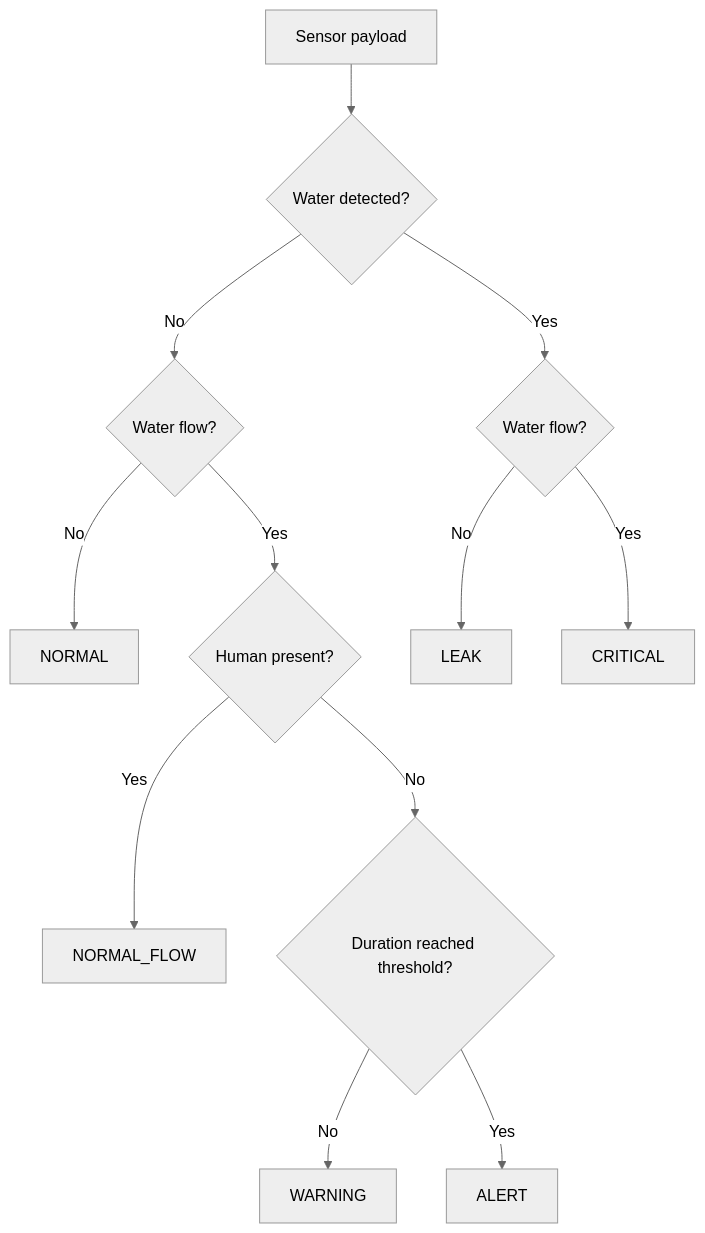
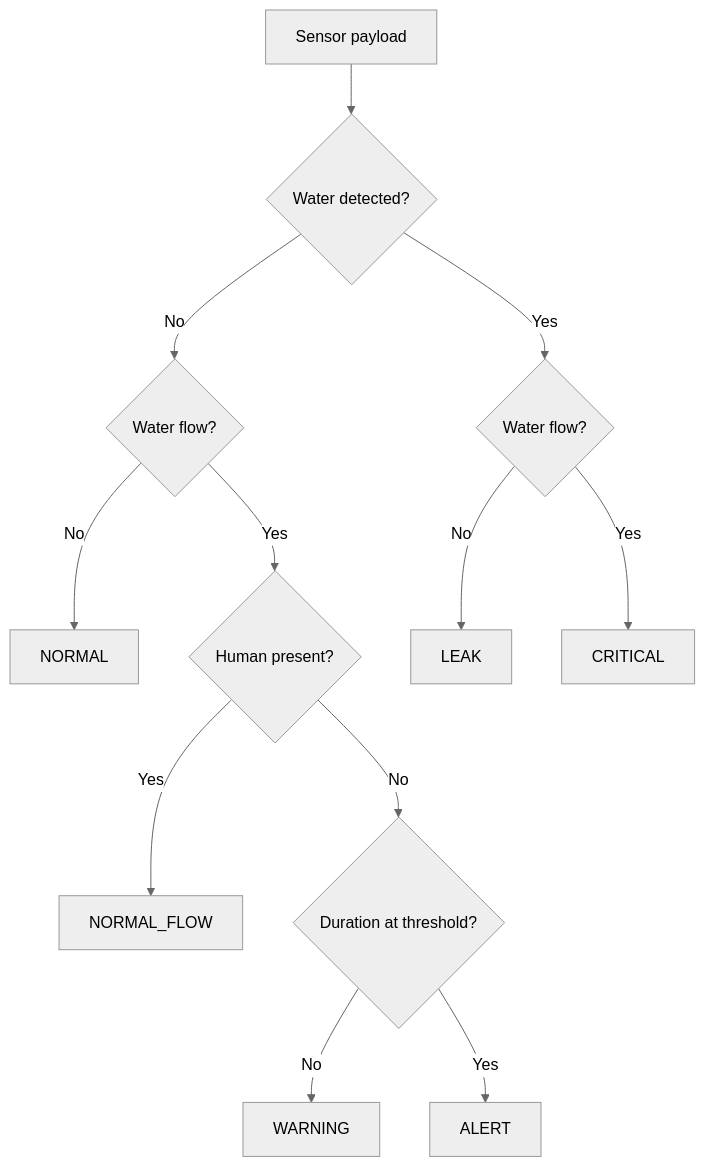
The second of 2 diagrams in README.md (momo840505/smart-hydro-alert), drawn with Mermaid (neutral theme) before and after one commit. The commit also changed other lines of this file and 5 other files, not shown here.

````diff
--- a/README.md
+++ b/README.md
@@ -97,19 +74,16 @@
 ```mermaid
 flowchart TD
     A[Sensor payload] --> B{Water detected?}
-
     B -- No --> C{Water flow?}
     B -- Yes --> D{Water flow?}
 
     C -- No --> E[NORMAL]
     C -- Yes --> F{Human present?}
-
     F -- Yes --> G[NORMAL_FLOW]
-    F -- No --> H{Duration reached threshold?}
-
+    F -- No --> H{Duration at threshold?}
     H -- No --> I[WARNING]
     H -- Yes --> J[ALERT]
 
     D -- No --> K[LEAK]
     D -- Yes --> L[CRITICAL]
 ```
````
